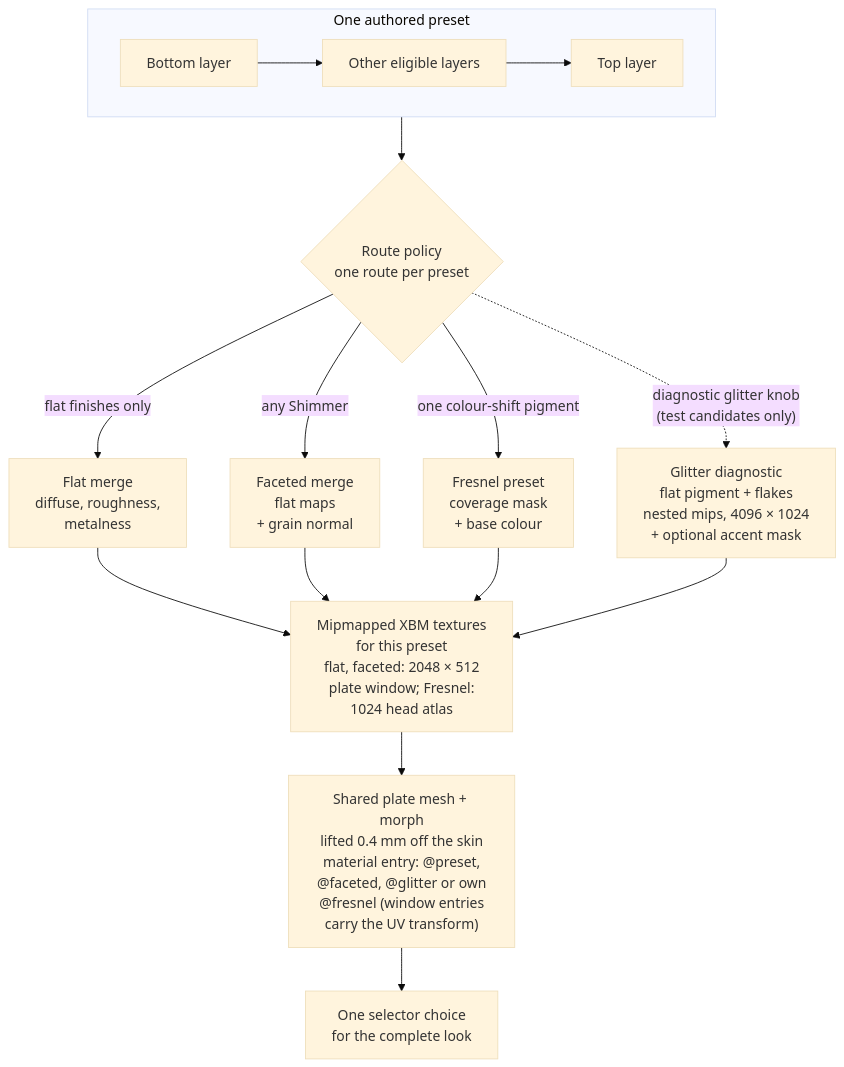
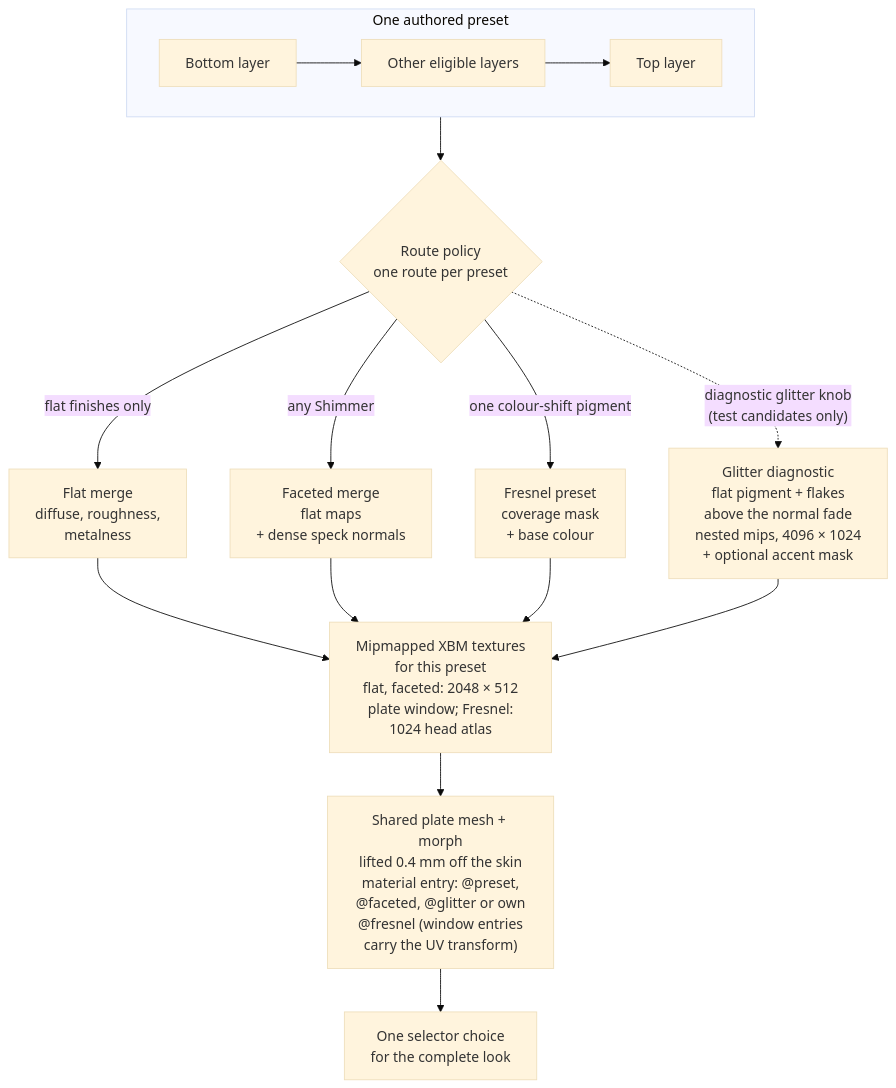
The fourth of 5 diagrams in research/authoring/studio-to-mod-pipeline.md (axefrog/xf-studio), drawn with Mermaid (base theme) before and after one commit. The commit also changed other lines of this file and 22 other files, not shown here.

````diff
--- a/research/authoring/studio-to-mod-pipeline.md
+++ b/research/authoring/studio-to-mod-pipeline.md
@@ -188,18 +188,18 @@
 ```mermaid
 flowchart TB
   subgraph one["One authored preset"]
     direction LR
     low["Bottom layer"] --> mid["Other eligible layers"] --> top["Top layer"]
   end
   top --> route{"Route policy<br/>one route per preset"}
   route -- "flat finishes only" --> flat["Flat merge<br/>diffuse, roughness,<br/>metalness"]
-  route -- "any Shimmer" --> faceted["Faceted merge<br/>flat maps<br/>+ grain normal"]
+  route -- "any Shimmer" --> faceted["Faceted merge<br/>flat maps<br/>+ dense speck normals"]
   route -- "one colour-shift pigment" --> fresnel["Fresnel preset<br/>coverage mask<br/>+ base colour"]
-  route -. "diagnostic glitter knob<br/>(test candidates only)" .-> glitter["Glitter diagnostic<br/>flat pigment + flakes<br/>nested mips, 4096 × 1024<br/>+ optional accent mask"]
+  route -. "diagnostic glitter knob<br/>(test candidates only)" .-> glitter["Glitter diagnostic<br/>flat pigment + flakes<br/>above the normal fade<br/>nested mips, 4096 × 1024<br/>+ optional accent mask"]
   flat --> maps["Mipmapped XBM textures<br/>for this preset<br/>flat, faceted: 2048 × 512<br/>plate window; Fresnel:<br/>1024 head atlas"]
   faceted --> maps
   fresnel --> maps
   glitter --> maps
   maps --> shared["Shared plate mesh + morph<br/>lifted 0.4 mm off the skin<br/>material entry: @preset,<br/>@faceted, @glitter or own<br/>@fresnel (window entries<br/>carry the UV transform)"]
   shared --> choice["One selector choice<br/>for the complete look"]
 ```
````
